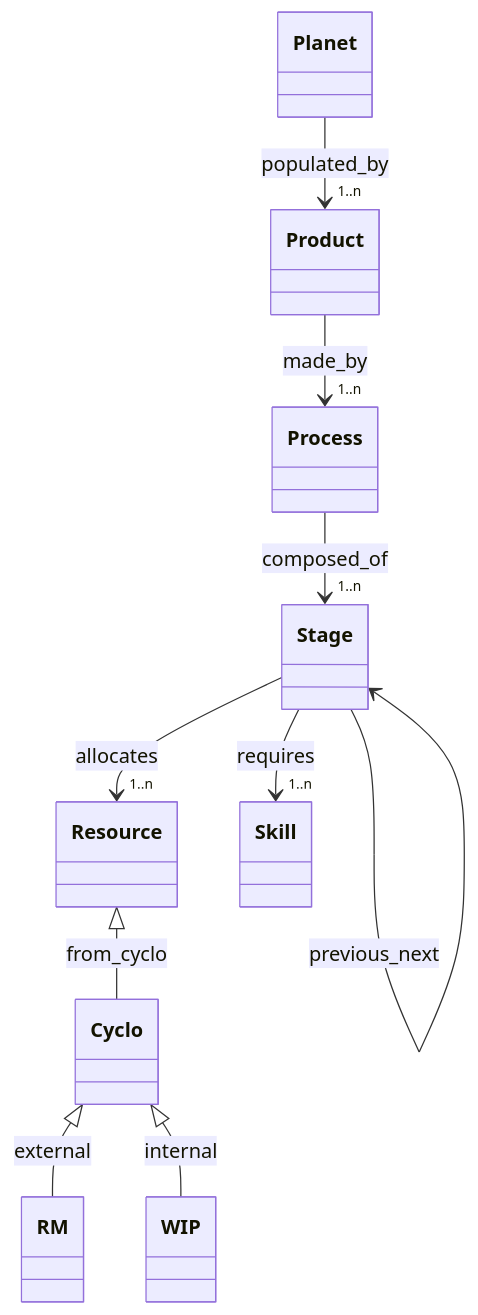
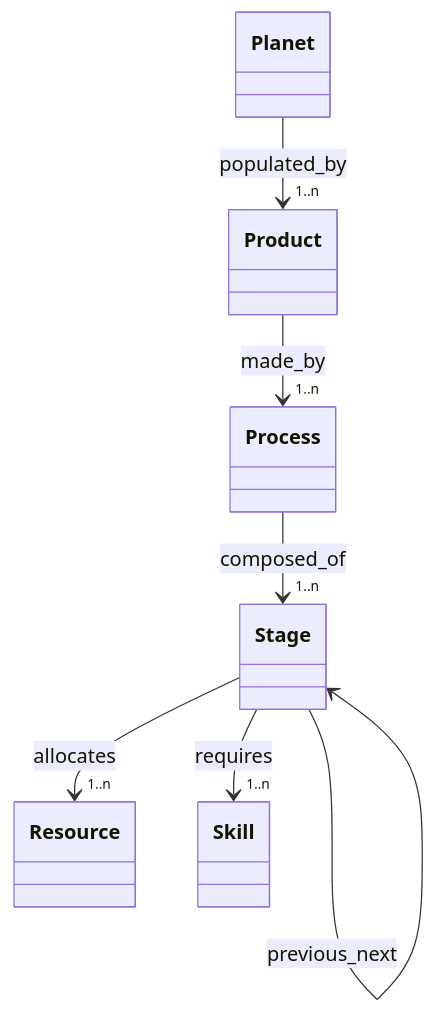
The diagram in content/docs/planet/_index.md (bampli/specs), drawn with Mermaid before and after one commit.

Commit message:
rev Planet diagram

```diff
--- a/content/docs/planet/_index.md
+++ b/content/docs/planet/_index.md
@@ -11,12 +11,9 @@
 {{< mermaid >}}
 classDiagram
     Planet --> "1..n" Product : populated_by
     Product --> "1..n" Process : made_by
     Process --> "1..n" Stage : composed_of
     Stage --> "1..n" Resource : allocates
     Stage --> Stage : previous_next
-    Resource <|-- Cyclo : from_cyclo
-    Cyclo <|-- RM : external
-    Cyclo <|-- WIP : internal
     Stage --> "1..n" Skill : requires
 {{< /mermaid >}}
```
